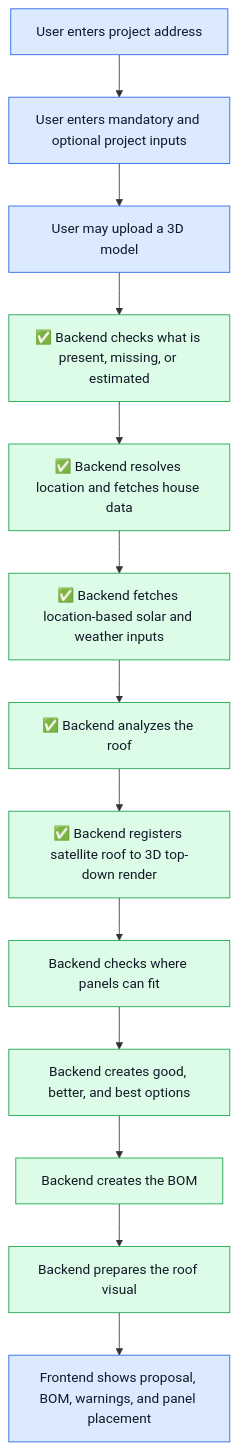
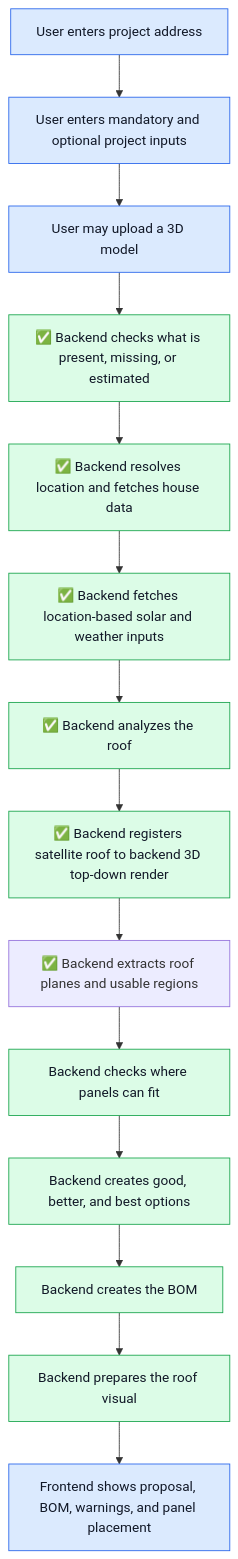
The diagram in backend/README.md (robinwettstaedt/roofee), drawn with Mermaid before and after one commit. The commit also changed other lines of this file and 16 other files, not shown here.

Commit message:
Add backend roof geometry pipeline

````diff
--- a/backend/README.md
+++ b/backend/README.md
@@ -9,22 +9,23 @@
 ```mermaid
 flowchart TD
     A["User enters project address"]
     A --> B["User enters mandatory and optional project inputs"]
     B --> C["User may upload a 3D model"]
     C --> D["✅ Backend checks what is present, missing, or estimated"]
     D --> E["✅ Backend resolves location and fetches house data"]
     E --> F["✅ Backend fetches location-based solar and weather inputs"]
     F --> G["✅ Backend analyzes the roof"]
-    G --> R["✅ Backend registers satellite roof to 3D top-down render"]
-    R --> H["Backend checks where panels can fit"]
+    G --> R["✅ Backend registers satellite roof to backend 3D top-down render"]
+    R --> P["✅ Backend extracts roof planes and usable regions"]
+    P --> H["Backend checks where panels can fit"]
     H --> I["Backend creates good, better, and best options"]
     I --> J["Backend creates the BOM"]
     J --> K["Backend prepares the roof visual"]
     K --> L["Frontend shows proposal, BOM, warnings, and panel placement"]
 
     classDef frontend fill:#dbeafe,stroke:#2563eb,color:#111827
     classDef backend fill:#dcfce7,stroke:#16a34a,color:#111827
 
     class A,B,C,L frontend
     class D,E,F,G,R,H,I,J,K backend
 ```
````
